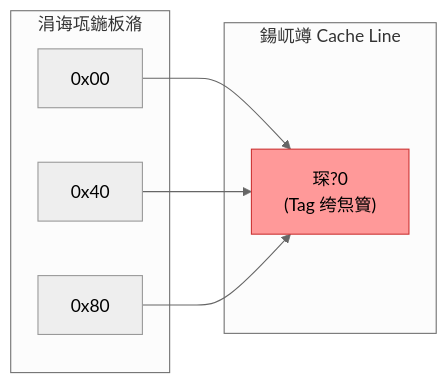
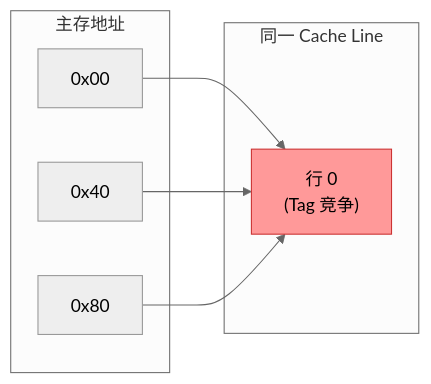
One commit to muyuzhang29-oss/obsidian-knowledge-base changed the third of 10 diagrams in 09-Notes/06-Cache基础与映射方式.md. Above: the diagram before and after it, drawn with Mermaid (neutral theme). The commit also changed other lines of this file and 144 other files, not shown here.

````diff
--- a/09-Notes/06-Cache基础与映射方式.md
+++ b/09-Notes/06-Cache基础与映射方式.md
@@ -49,15 +49,15 @@
 ```mermaid
 flowchart LR
-    subgraph Mem[涓诲瓨鍦板潃]
+    subgraph Mem[主存地址]
         M0[0x00]
         M1[0x40]
         M2[0x80]
     end
-    subgraph CL[鍚屼竴 Cache Line]
-        L0["琛?0<br/>(Tag 绔炰簤)"]
+    subgraph CL[同一 Cache Line]
+        L0["行 0<br/>(Tag 竞争)"]
     end
     M0 --> L0
     M1 --> L0
     M2 --> L0
     style L0 fill:#f99,stroke:#c33
 ```
````
